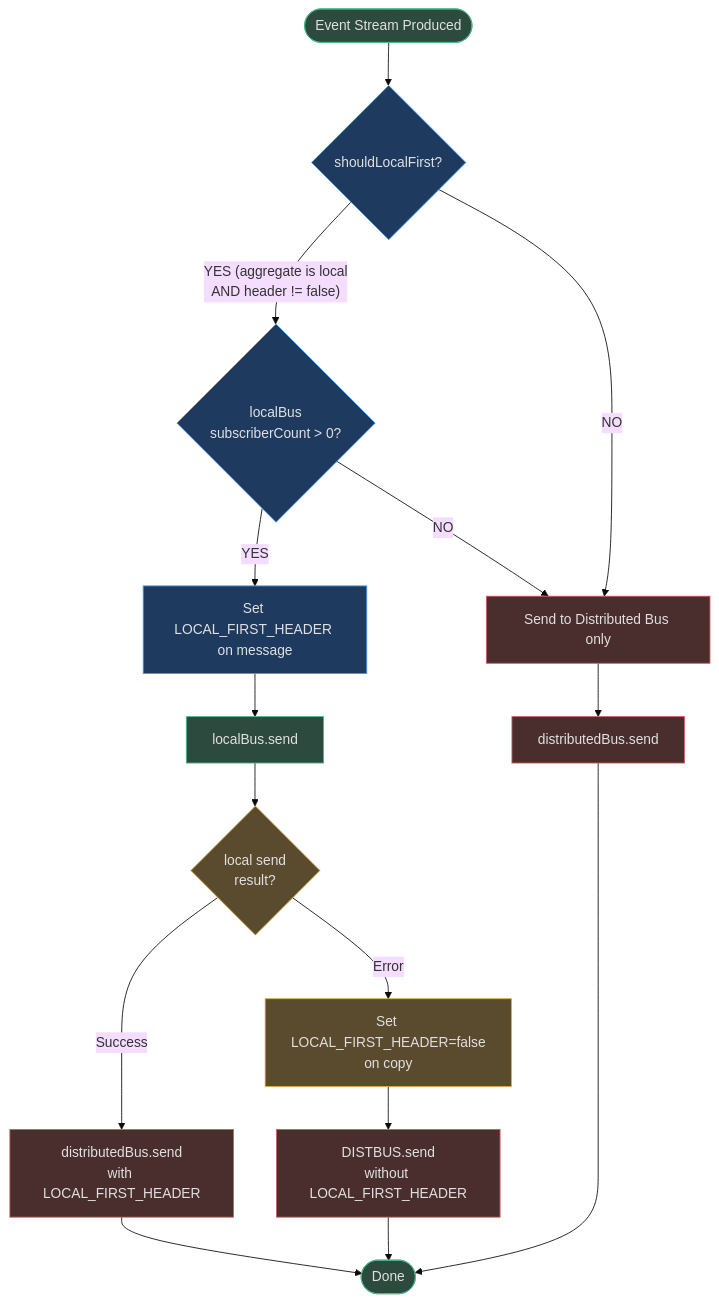
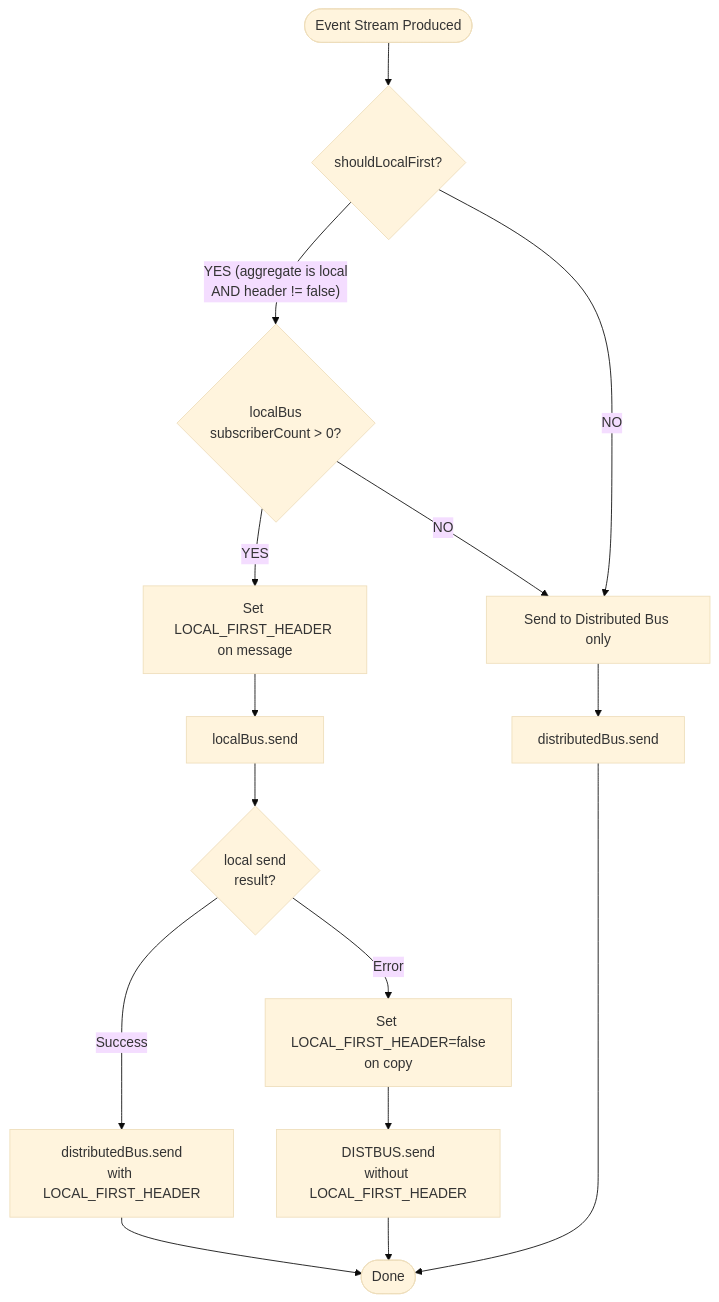
The fourth of 5 diagrams in documentation/docs/en/deep-dive/architecture/event-bus.md (Ahoo-Wang/Wow), drawn with Mermaid (base theme) before and after one commit. The commit also changed other lines of this file and 32 other files, not shown here.

Commit message:
docs: remove unsupported style/classDef directives from stateDiagram-v2 Mermaid blocks

````diff
--- a/documentation/docs/en/deep-dive/architecture/event-bus.md
+++ b/documentation/docs/en/deep-dive/architecture/event-bus.md
@@ -307,35 +281,23 @@
 ```mermaid
 flowchart TD
     START([Event Stream Produced]) --> CHECK{shouldLocalFirst?}
 
     CHECK -->|"YES (aggregate is local<br>AND header != false)"| LSUB{localBus<br>subscriberCount > 0?}
     CHECK -->|NO| DISTBUS[Send to Distributed Bus only]
 
     LSUB -->|YES| SETLF[Set LOCAL_FIRST_HEADER on message]
     LSUB -->|NO| DISTBUS
 
     SETLF --> LSEND[localBus.send]
     LSEND --> LRESULT{local send<br>result?}
 
     LRESULT -->|Success| DISTSEND[distributedBus.send<br>with LOCAL_FIRST_HEADER]
     LRESULT -->|Error| SETFALSE[Set LOCAL_FIRST_HEADER=false<br>on copy]
     SETFALSE --> DISTNO[DISTBUS.send<br>without LOCAL_FIRST_HEADER]
 
     DISTBUS --> DISTSEND2[distributedBus.send]
     DISTSEND --> DONE([Done])
     DISTNO --> DONE
     DISTSEND2 --> DONE
 
-    style START fill:#2d4a3e,stroke:#4aba8a,color:#e0e0e0
-    style CHECK fill:#1e3a5f,stroke:#4a9eed,color:#e0e0e0
-    style LSUB fill:#1e3a5f,stroke:#4a9eed,color:#e0e0e0
-    style LRESULT fill:#5a4a2e,stroke:#d4a84b,color:#e0e0e0
-    style DISTBUS fill:#4a2e2e,stroke:#d45b5b,color:#e0e0e0
-    style DONE fill:#2d4a3e,stroke:#4aba8a,color:#e0e0e0
-    style LSEND fill:#2d4a3e,stroke:#4aba8a,color:#e0e0e0
-    style SETFALSE fill:#5a4a2e,stroke:#d4a84b,color:#e0e0e0
-    style DISTSEND fill:#4a2e2e,stroke:#d45b5b,color:#e0e0e0
-    style DISTNO fill:#4a2e2e,stroke:#d45b5b,color:#e0e0e0
-    style DISTSEND2 fill:#4a2e2e,stroke:#d45b5b,color:#e0e0e0
-    style SETLF fill:#1e3a5f,stroke:#4a9eed,color:#e0e0e0
 ```
````
